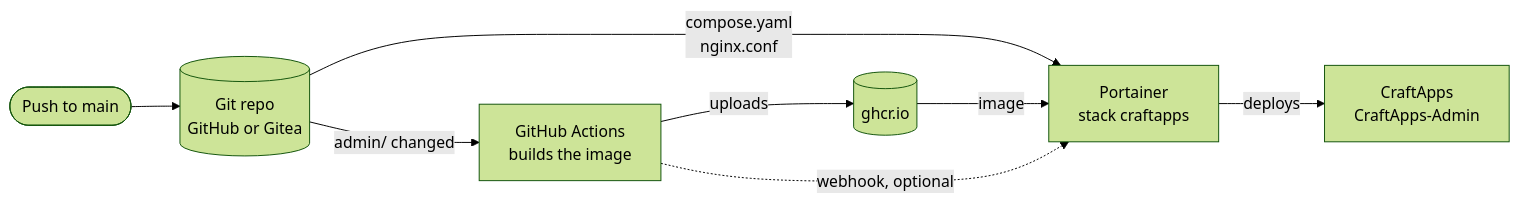
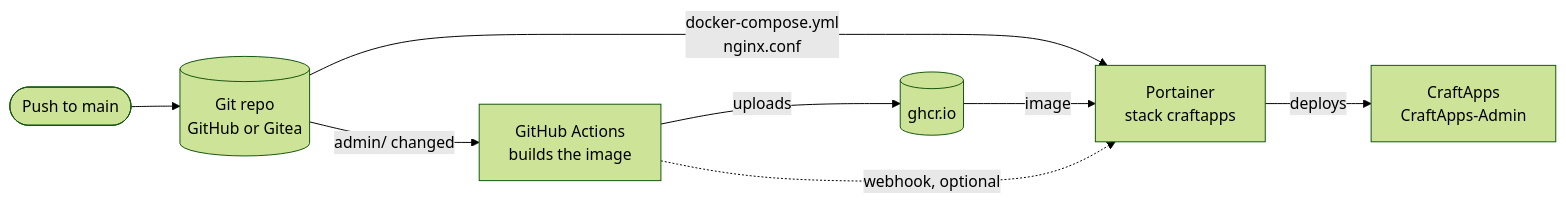
Before and after one commit to Pr0gh4nt3r/CraftApps: the first of 4 diagrams in README.md, drawn with Mermaid (forest theme). The commit also changed other lines of this file and 8 other files, not shown here.

First line of the commit message:
refactor(compose): rename the compose files to docker-compose.yml

````diff
--- a/README.md
+++ b/README.md
@@ -51,10 +51,10 @@
 ```mermaid
 flowchart LR
   push(["Push to main"]) --> repo[("Git repo<br/>GitHub or Gitea")]
   repo -->|"admin/ changed"| build["GitHub Actions<br/>builds the image"]
   build -->|"uploads"| ghcr[("ghcr.io")]
-  repo -->|"compose.yaml<br/>nginx.conf"| portainer["Portainer<br/>stack craftapps"]
+  repo -->|"docker-compose.yml<br/>nginx.conf"| portainer["Portainer<br/>stack craftapps"]
   ghcr -->|"image"| portainer
   portainer -->|"deploys"| pi["CraftApps<br/>CraftApps-Admin"]
   build -.->|"webhook, optional"| portainer
 ```
````
